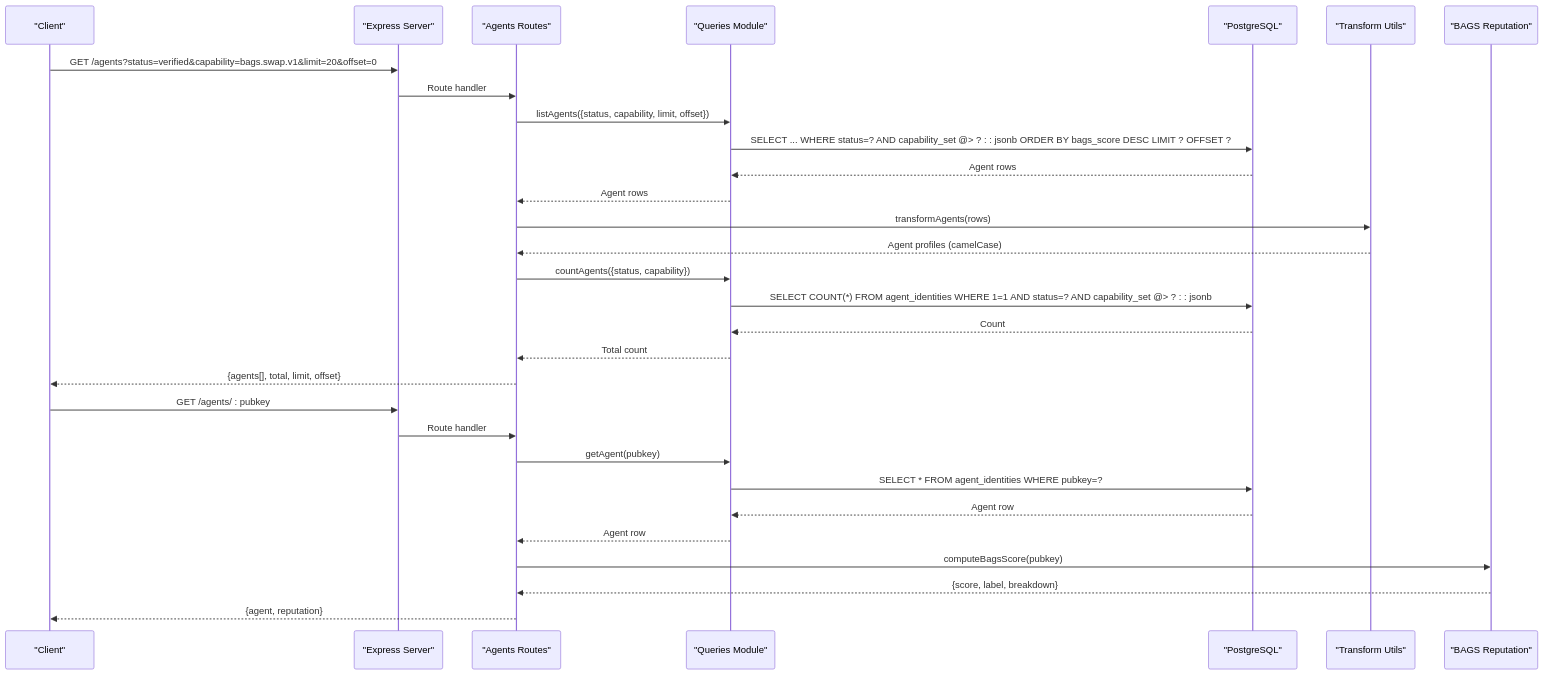
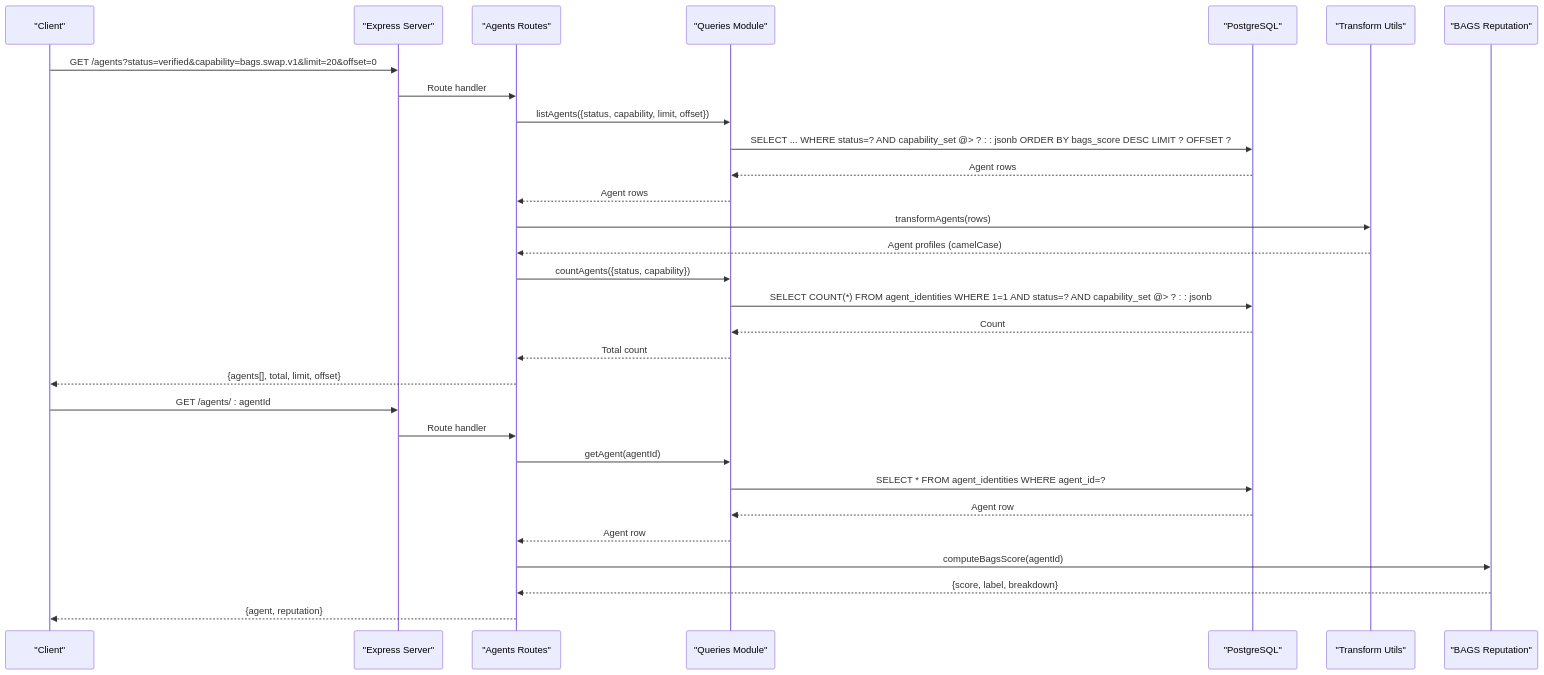
The second of 10 diagrams in .qoder/repowiki/en/content/Backend API Reference/Discovery & Registry Endpoints.md (RunTimeAdmin/AgentID), drawn with Mermaid before and after one commit. The commit also changed other lines of this file and 31 other files, not shown here.

````diff
--- a/.qoder/repowiki/en/content/Backend API Reference/Discovery & Registry Endpoints.md
+++ b/.qoder/repowiki/en/content/Backend API Reference/Discovery & Registry Endpoints.md
@@ -152,32 +180,32 @@
 ```mermaid
 sequenceDiagram
 participant Client as "Client"
 participant Server as "Express Server"
 participant Agents as "Agents Routes"
 participant Queries as "Queries Module"
 participant DB as "PostgreSQL"
 participant Transform as "Transform Utils"
 participant Reputation as "BAGS Reputation"
 Client->>Server : GET /agents?status=verified&capability=bags.swap.v1&limit=20&offset=0
 Server->>Agents : Route handler
 Agents->>Queries : listAgents({status, capability, limit, offset})
 Queries->>DB : SELECT ... WHERE status=? AND capability_set @> ? : : jsonb ORDER BY bags_score DESC LIMIT ? OFFSET ?
 DB-->>Queries : Agent rows
 Queries-->>Agents : Agent rows
 Agents->>Transform : transformAgents(rows)
 Transform-->>Agents : Agent profiles (camelCase)
 Agents->>Queries : countAgents({status, capability})
 Queries->>DB : SELECT COUNT(*) FROM agent_identities WHERE 1=1 AND status=? AND capability_set @> ? : : jsonb
 DB-->>Queries : Count
 Queries-->>Agents : Total count
 Agents-->>Client : {agents[], total, limit, offset}
-Client->>Server : GET /agents/ : pubkey
+Client->>Server : GET /agents/ : agentId
 Server->>Agents : Route handler
-Agents->>Queries : getAgent(pubkey)
-Queries->>DB : SELECT * FROM agent_identities WHERE pubkey=?
+Agents->>Queries : getAgent(agentId)
+Queries->>DB : SELECT * FROM agent_identities WHERE agent_id=?
 DB-->>Queries : Agent row
 Queries-->>Agents : Agent row
-Agents->>Reputation : computeBagsScore(pubkey)
+Agents->>Reputation : computeBagsScore(agentId)
 Reputation-->>Agents : {score, label, breakdown}
 Agents-->>Client : {agent, reputation}
 ```
````
